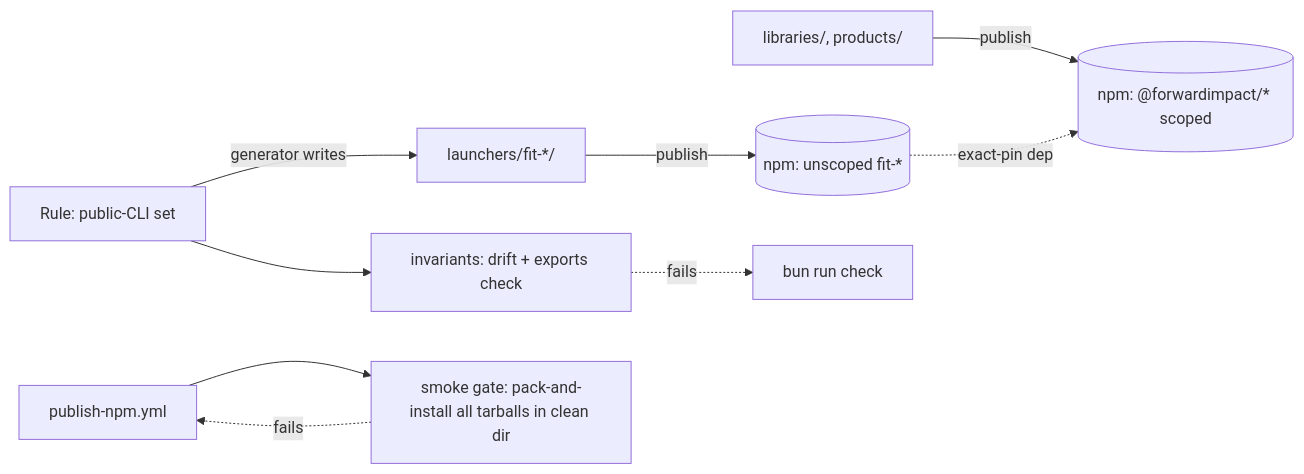
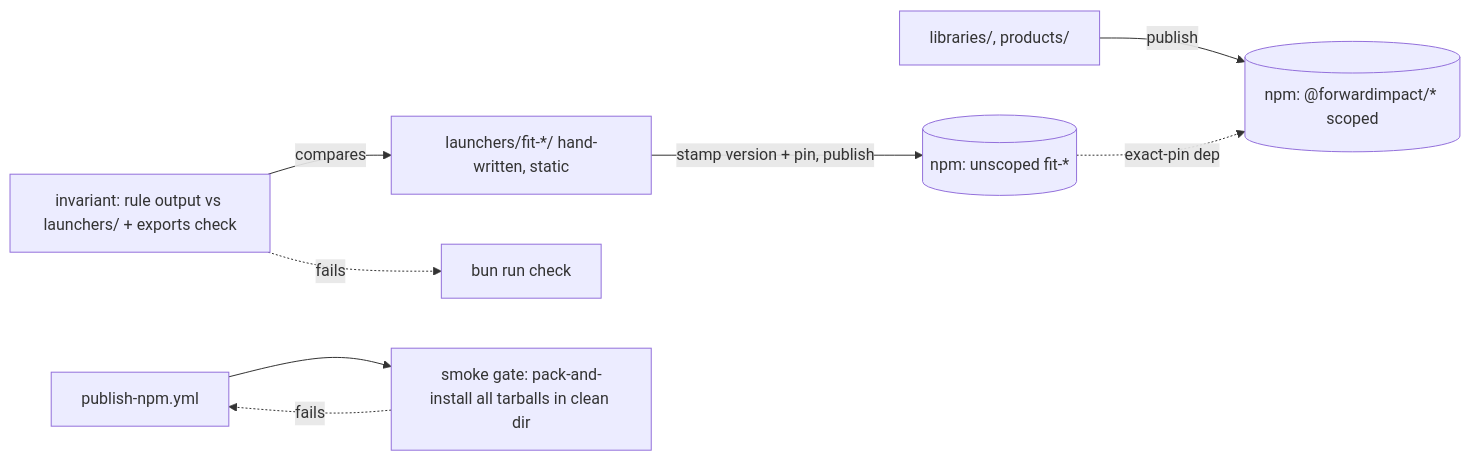
Before and after one commit to forwardimpact/monorepo: the first of 2 diagrams in specs/1670-public-cli-launcher-packages/design-a.md, drawn with Mermaid. The commit also changed other lines of this file, not shown here.

````diff
--- a/specs/1670-public-cli-launcher-packages/design-a.md
+++ b/specs/1670-public-cli-launcher-packages/design-a.md
@@ -19,11 +21,10 @@
 ```mermaid
 flowchart LR
-  R[Rule: public-CLI set] -->|generator writes| L[launchers/fit-*/]
-  L -->|publish| N1[(npm: unscoped fit-*)]
+  L[launchers/fit-*/ hand-written, static] -->|stamp version + pin, publish| N1[(npm: unscoped fit-*)]
   S[libraries/, products/] -->|publish| N2[(npm: @forwardimpact/* scoped)]
   N1 -. exact-pin dep .-> N2
-  R --> I[invariants: drift + exports check]
-  I -. fails .-> CI[bun run check]
+  I[invariant: rule output vs launchers/ + exports check] -. fails .-> CI[bun run check]
+  I -->|compares| L
   P[publish-npm.yml] --> G[smoke gate: pack-and-install all tarballs in clean dir]
   G -. fails .-> P
 ```
````
